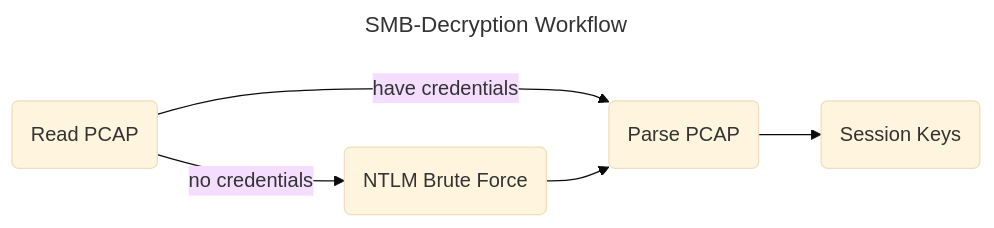
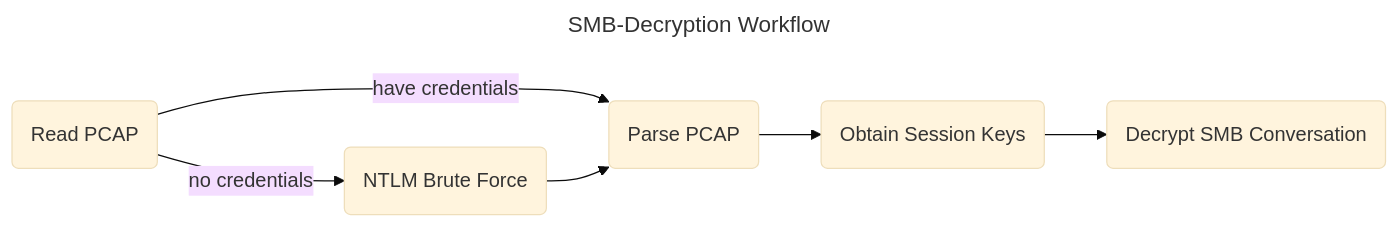
The diagram in README.md (Boxaga/SMB-Decryption), drawn with Mermaid (base theme) before and after one commit. The commit also changed other lines of this file and 2 other files, not shown here.

````diff
--- a/README.md
+++ b/README.md
@@ -4,15 +4,17 @@
 ```mermaid
 ---
 title: SMB-Decryption Workflow
 ---
 flowchart LR
     a(Read PCAP)
     b(Parse PCAP)
     c(NTLM Brute Force)
-    d(Session Keys)
+    d(Obtain Session Keys)
+    e(Decrypt SMB Conversation)
 
     a-->|have credentials|b
     a-->|no credentials|c
     c-->b
     b-->d
+    d-->e
 ```
````
